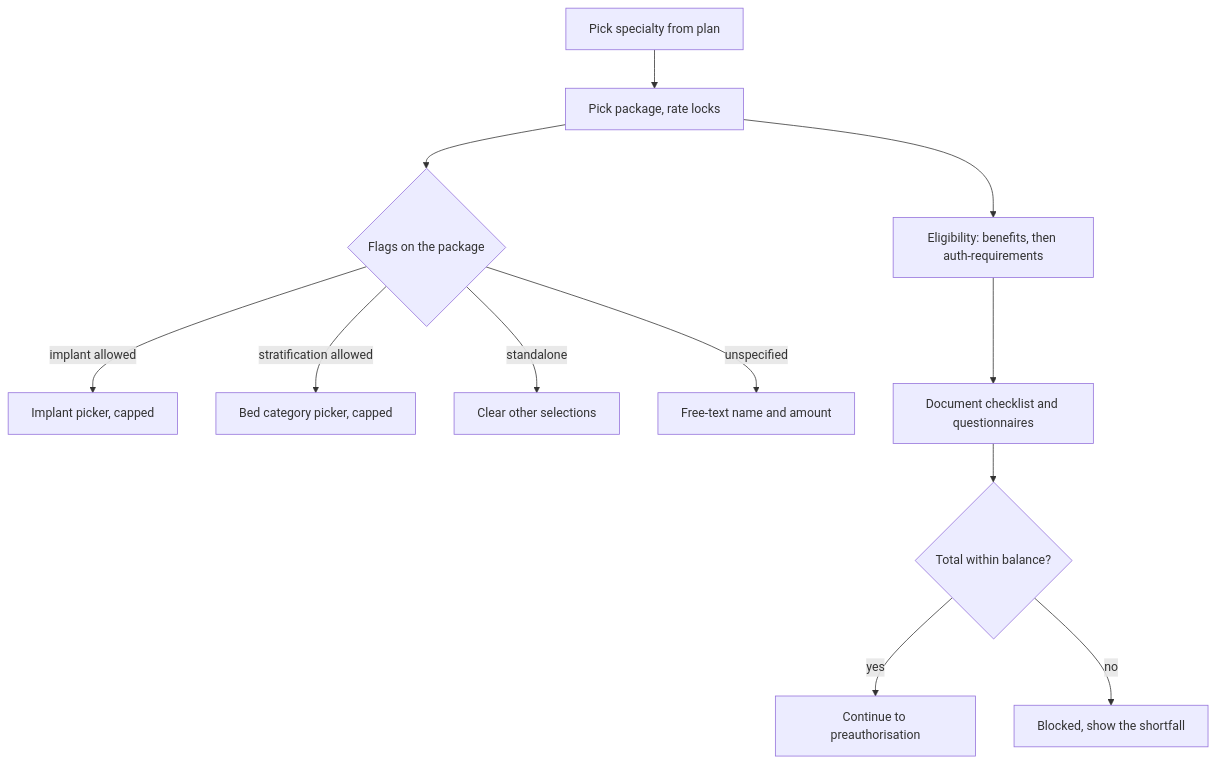
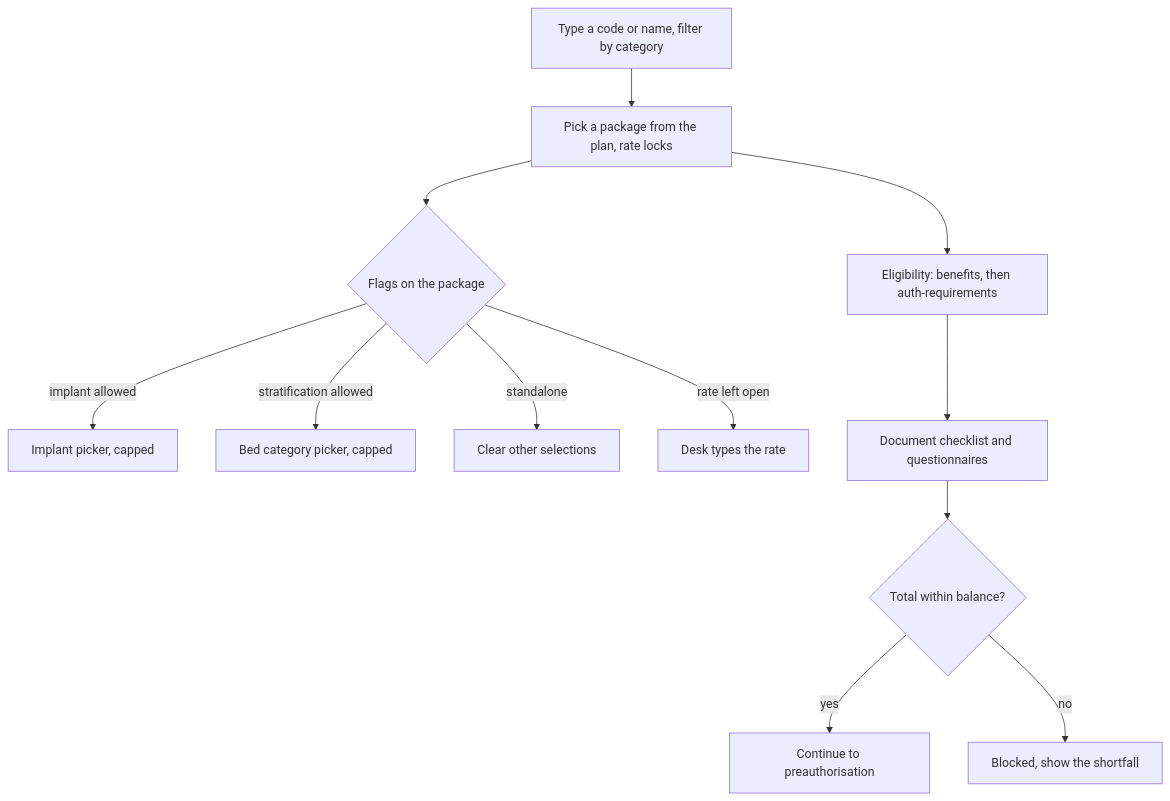
One commit to nha-in/nhcx-package changed the third of 6 diagrams in docs/03-Building a Provider/09-UI Guide.md. Above: the diagram before and after it, drawn with Mermaid. The commit also changed other lines of this file and 2377 other files, not shown here.

````diff
--- a/docs/03-Building a Provider/09-UI Guide.md
+++ b/docs/03-Building a Provider/09-UI Guide.md
@@ -90,14 +110,14 @@
 ```mermaid
 flowchart TD
-  A[Pick specialty from plan] --> B[Pick package, rate locks]
+  A[Type a code or name, filter by category] --> B[Pick a package from the plan, rate locks]
   B --> F{Flags on the package}
   F -- implant allowed --> I[Implant picker, capped]
   F -- stratification allowed --> R[Bed category picker, capped]
   F -- standalone --> S[Clear other selections]
-  F -- unspecified --> U[Free-text name and amount]
+  F -- rate left open --> U[Desk types the rate]
   B --> E[Eligibility: benefits, then auth-requirements]
   E --> D[Document checklist and questionnaires]
   D --> T{Total within balance?}
   T -- yes --> P[Continue to preauthorisation]
   T -- no --> N[Blocked, show the shortfall]
 ```
````
